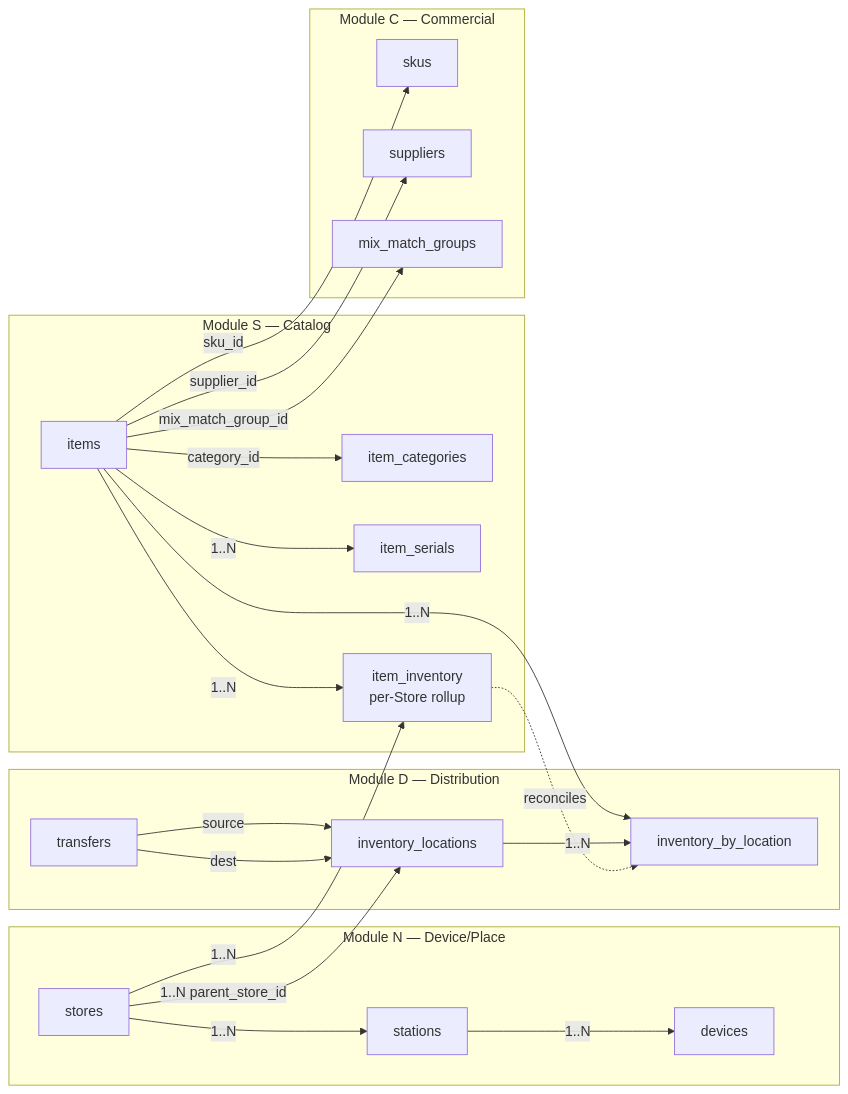
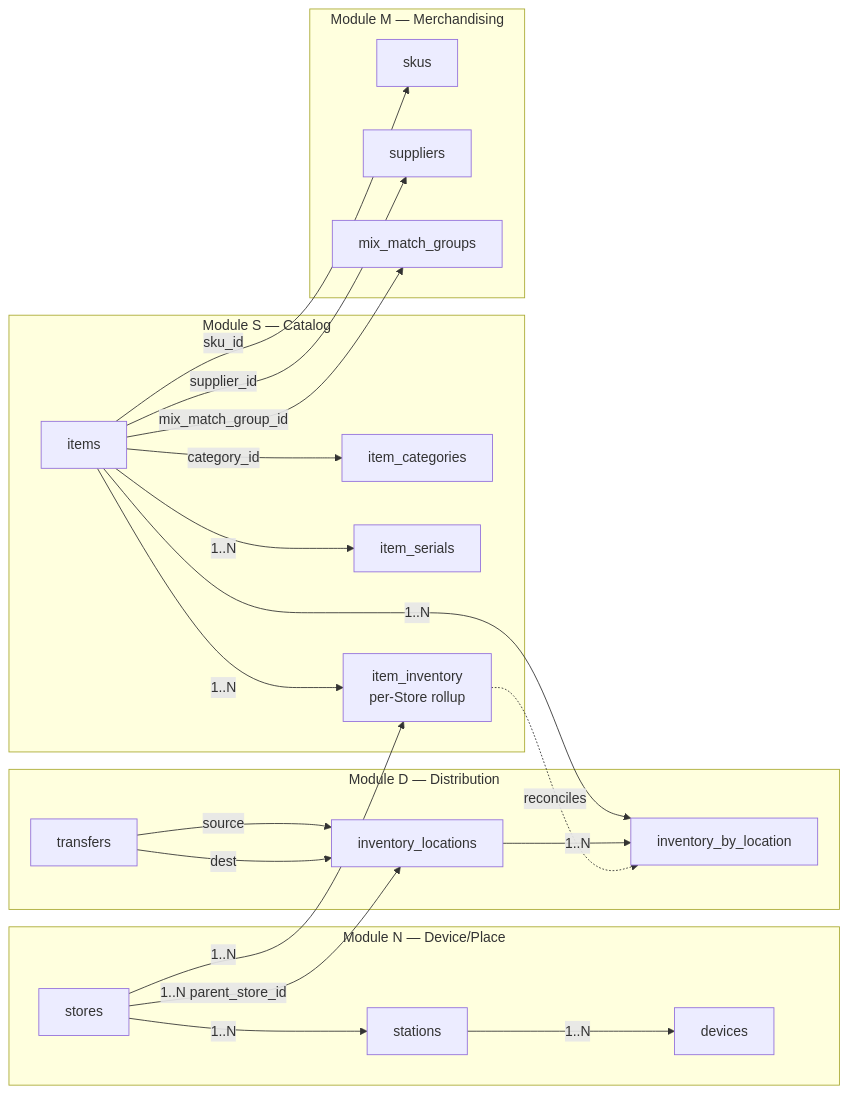
One commit to growdirectprez/GrowDirect changed the diagram in Brain/wiki/canary-location-item-data-model.md. Above: the diagram before and after it, drawn with Mermaid. The commit also changed other lines of this file and 91 other files, not shown here.

````diff
--- a/Brain/wiki/canary-location-item-data-model.md
+++ b/Brain/wiki/canary-location-item-data-model.md
@@ -224,48 +224,48 @@
 ```mermaid
 flowchart LR
     subgraph N[Module N — Device/Place]
         Store[stores]
         Station[stations]
         Device[devices]
     end
 
     subgraph D[Module D — Distribution]
         InvLoc[inventory_locations]
         InvByLoc[inventory_by_location]
         Transfer[transfers]
     end
 
     subgraph S[Module S — Catalog]
         Item[items]
         ItemCat[item_categories]
         ItemSer[item_serials]
         ItemInv[item_inventory<br/>per-Store rollup]
     end
 
-    subgraph C[Module C — Commercial]
+    subgraph C[Module M — Merchandising]
         SKU[skus]
         Supplier[suppliers]
         MMGroup[mix_match_groups]
     end
 
     Store -->|1..N| Station
     Station -->|1..N| Device
     Store -->|1..N parent_store_id| InvLoc
 
     Item -->|sku_id| SKU
     Item -->|supplier_id| Supplier
     Item -->|category_id| ItemCat
     Item -->|mix_match_group_id| MMGroup
     Item -->|1..N| ItemSer
 
     Item -->|1..N| ItemInv
     Store -->|1..N| ItemInv
 
     Item -->|1..N| InvByLoc
     InvLoc -->|1..N| InvByLoc
 
     Transfer -->|source| InvLoc
     Transfer -->|dest| InvLoc
 
     ItemInv -.reconciles.-> InvByLoc
 ```
````
